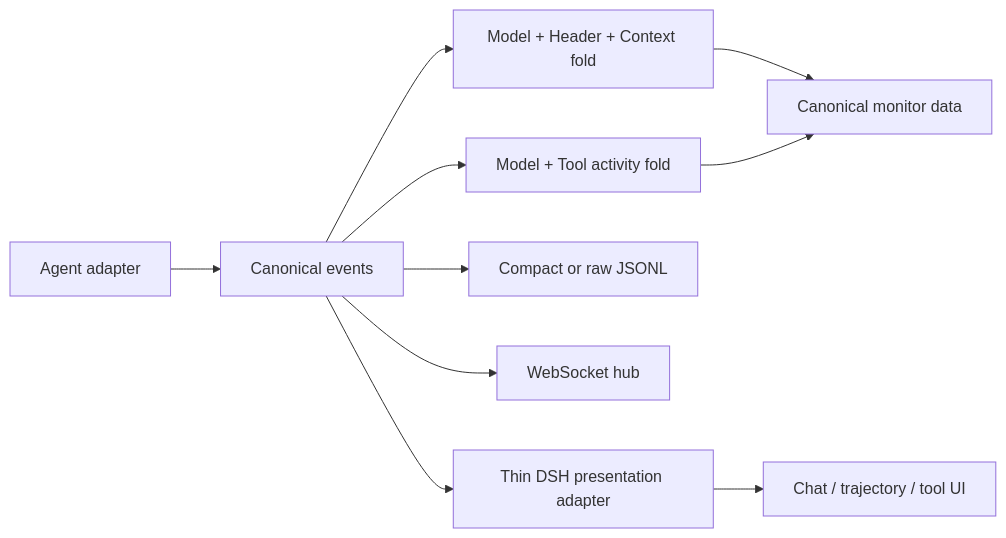
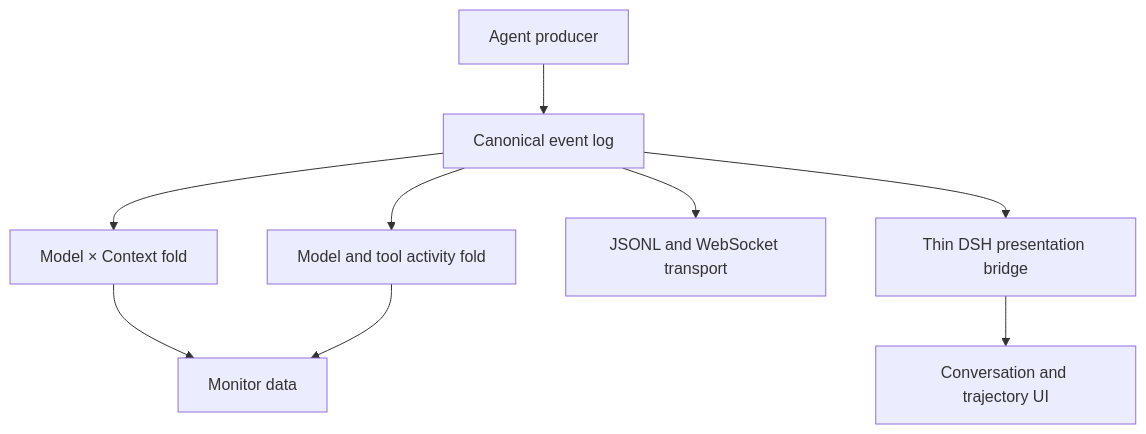
The diagram in docs/agent-monitor.md (Delva0/gh-puller), drawn with Mermaid before and after one commit. The commit also changed other lines of this file and 14 other files, not shown here.

Commit message:
refactor(agent): collapse state to model and context

````diff
--- a/docs/agent-monitor.md
+++ b/docs/agent-monitor.md
@@ -20,12 +24,11 @@
 ```mermaid
-flowchart LR
-    Adapter[Agent adapter] --> Events[Canonical events]
-    Events --> State[Model + Header + Context fold]
-    Events --> Activity[Model + Tool activity fold]
-    Events --> File[Compact or raw JSONL]
-    Events --> Hub[WebSocket hub]
-    State --> NativeView[Canonical monitor data]
-    Activity --> NativeView
-    Events --> UIAdapter[Thin DSH presentation adapter]
-    UIAdapter --> UI[Chat / trajectory / tool UI]
+flowchart TD
+    Producer[Agent producer] --> Events[Canonical event log]
+    Events --> State[Model × Context fold]
+    Events --> Activity[Model and tool activity fold]
+    Events --> Persistence[JSONL and WebSocket transport]
+    State --> Monitor[Monitor data]
+    Activity --> Monitor
+    Events --> Bridge[Thin DSH presentation bridge]
+    Bridge --> UI[Conversation and trajectory UI]
 ```
````
